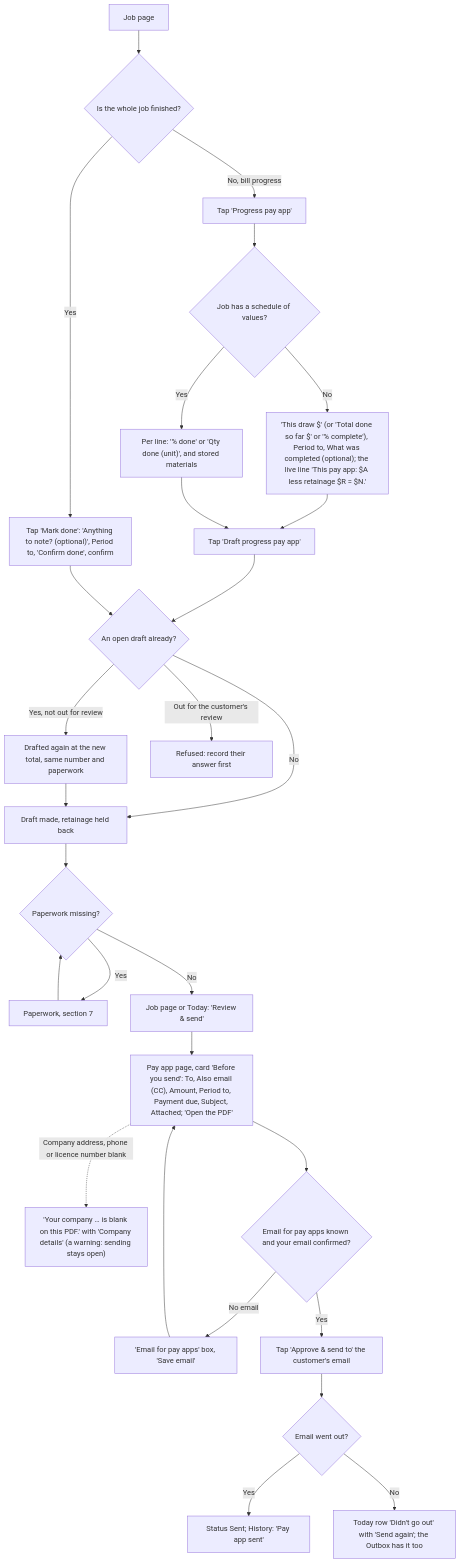
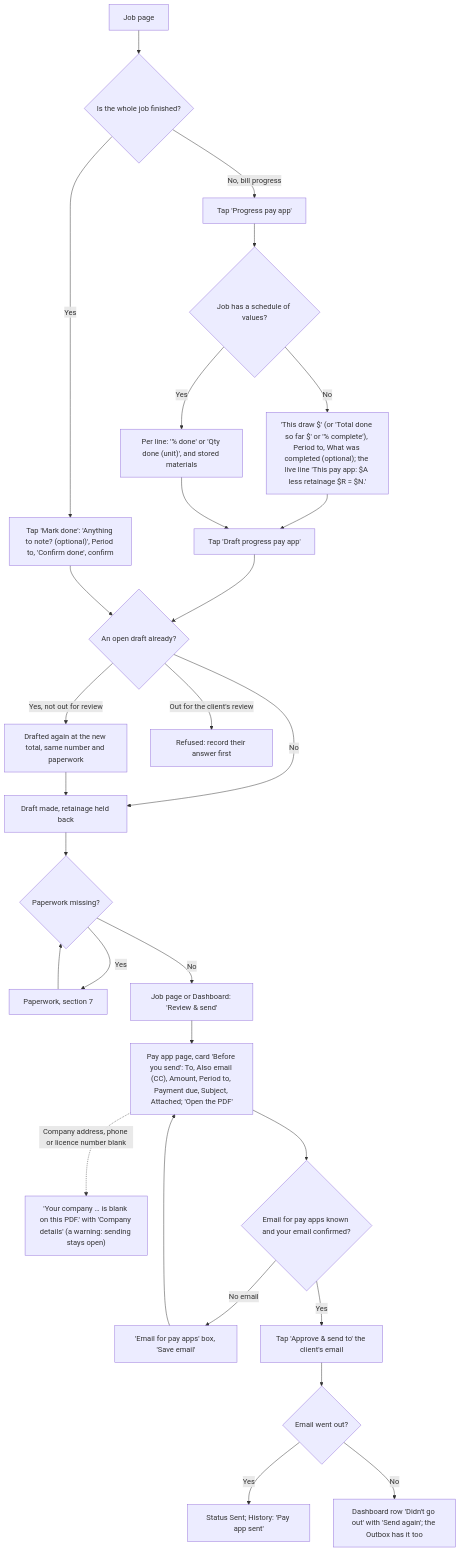
The eighth of 15 diagrams in docs/client-flows.md (cartwrightstephen/billdable), drawn with Mermaid before and after one commit. The commit also changed other lines of this file, not shown here.

First line of the commit message:
Flows doc: the seven sections, Client wording, and references to the split modules

````diff
--- a/docs/client-flows.md
+++ b/docs/client-flows.md
@@ -294,30 +298,30 @@
 ```mermaid
 flowchart TD
     A["Job page"] --> B{"Is the whole job finished?"}
     B -->|"No, bill progress"| C["Tap 'Progress pay app'"]
     C --> D{"Job has a schedule of values?"}
     D -->|"No"| E["'This draw $' (or 'Total done so far $' or '% complete'), Period to, What was completed (optional); the live line 'This pay app: $A less retainage $R = $N.'"]
     D -->|"Yes"| F["Per line: '% done' or 'Qty done (unit)', and stored materials"]
     E --> G["Tap 'Draft progress pay app'"]
     F --> G
     B -->|"Yes"| H["Tap 'Mark done': 'Anything to note? (optional)', Period to, 'Confirm done', confirm"]
     G --> J{"An open draft already?"}
     H --> J
     J -->|"Yes, not out for review"| K["Drafted again at the new total, same number and paperwork"]
-    J -->|"Out for the customer's review"| K2["Refused: record their answer first"]
+    J -->|"Out for the client's review"| K2["Refused: record their answer first"]
     J -->|"No"| L["Draft made, retainage held back"]
     K --> L
     L --> M{"Paperwork missing?"}
     M -->|"Yes"| N["Paperwork, section 7"]
     N --> M
-    M -->|"No"| O["Job page or Today: 'Review & send'"]
+    M -->|"No"| O["Job page or Dashboard: 'Review & send'"]
     O --> P["Pay app page, card 'Before you send': To, Also email (CC), Amount, Period to, Payment due, Subject, Attached; 'Open the PDF'"]
     P -.->|"Company address, phone or licence number blank"| PW["'Your company … is blank on this PDF.' with 'Company details' (a warning: sending stays open)"]
     P --> P1{"Email for pay apps known and your email confirmed?"}
     P1 -->|"No email"| P2["'Email for pay apps' box, 'Save email'"]
     P2 --> P
-    P1 -->|"Yes"| Q["Tap 'Approve & send to' the customer's email"]
+    P1 -->|"Yes"| Q["Tap 'Approve & send to' the client's email"]
     Q --> R{"Email went out?"}
     R -->|"Yes"| S["Status Sent; History: 'Pay app sent'"]
-    R -->|"No"| T["Today row 'Didn't go out' with 'Send again'; the Outbox has it too"]
+    R -->|"No"| T["Dashboard row 'Didn't go out' with 'Send again'; the Outbox has it too"]
 ```
````
